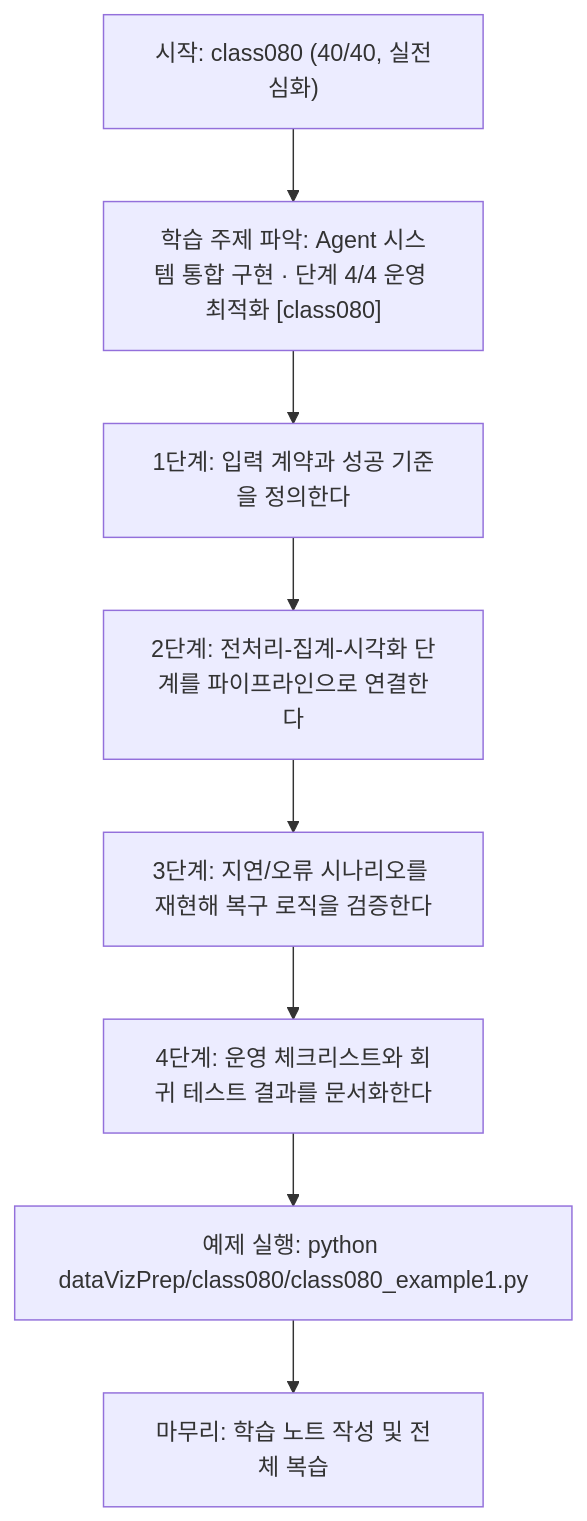
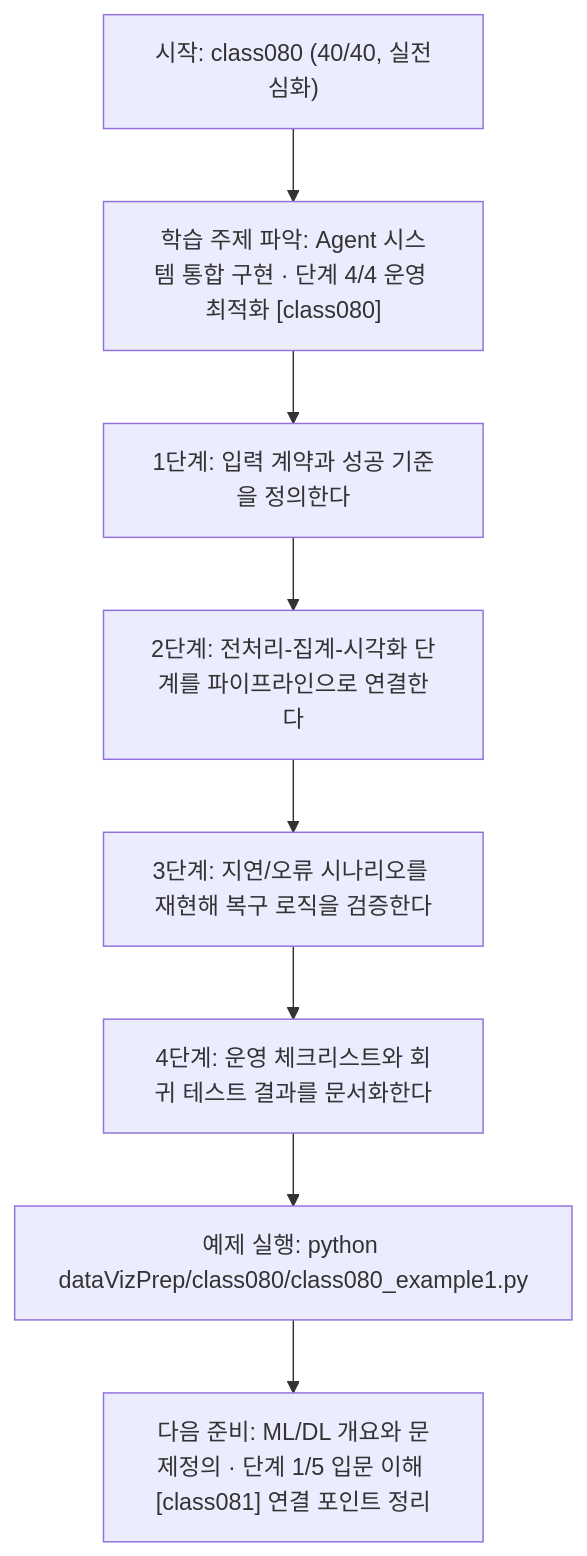
The diagram in dataVizPrep/class080/class080.md (edumgt/Python-AI_Agent-Class), drawn with Mermaid before and after one commit. The commit also changed other lines of this file and 1409 other files, not shown here.

````diff
--- a/dataVizPrep/class080/class080.md
+++ b/dataVizPrep/class080/class080.md
@@ -92,18 +92,18 @@
 ```mermaid
 flowchart TD
 N1["시작: class080 (40/40, 실전심화)"]
 N2["학습 주제 파악: Agent 시스템 통합 구현 · 단계 4/4 운영 최적화 [class080]"]
 N3["1단계: 입력 계약과 성공 기준을 정의한다"]
 N4["2단계: 전처리-집계-시각화 단계를 파이프라인으로 연결한다"]
 N5["3단계: 지연/오류 시나리오를 재현해 복구 로직을 검증한다"]
 N6["4단계: 운영 체크리스트와 회귀 테스트 결과를 문서화한다"]
 N7["예제 실행: python dataVizPrep/class080/class080_example1.py"]
-N8["마무리: 학습 노트 작성 및 전체 복습"]
+N8["다음 준비: ML/DL 개요와 문제정의 · 단계 1/5 입문 이해 [class081] 연결 포인트 정리"]
 N1 --> N2
 N2 --> N3
 N3 --> N4
 N4 --> N5
 N5 --> N6
 N6 --> N7
 N7 --> N8
 ```
````
